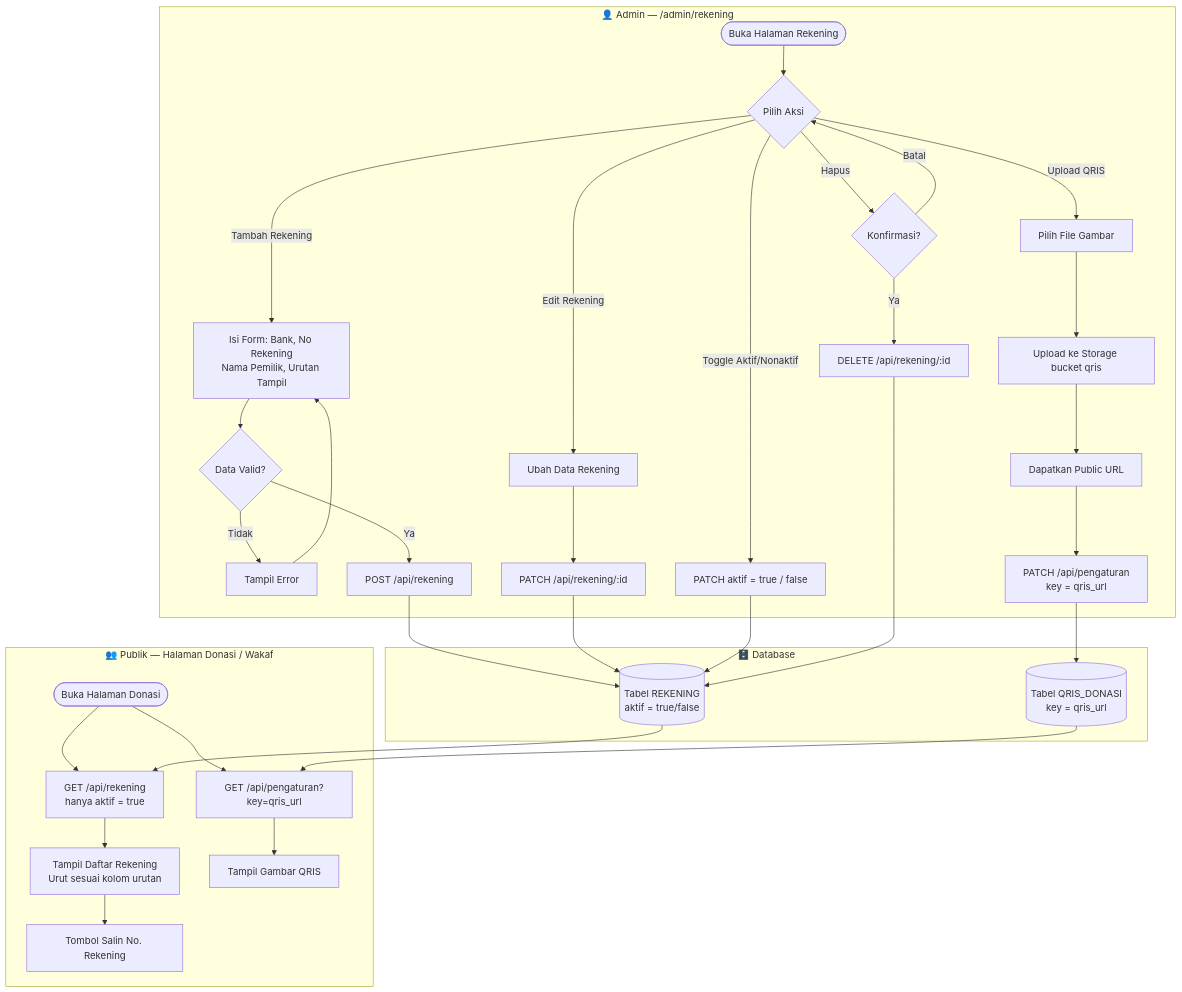
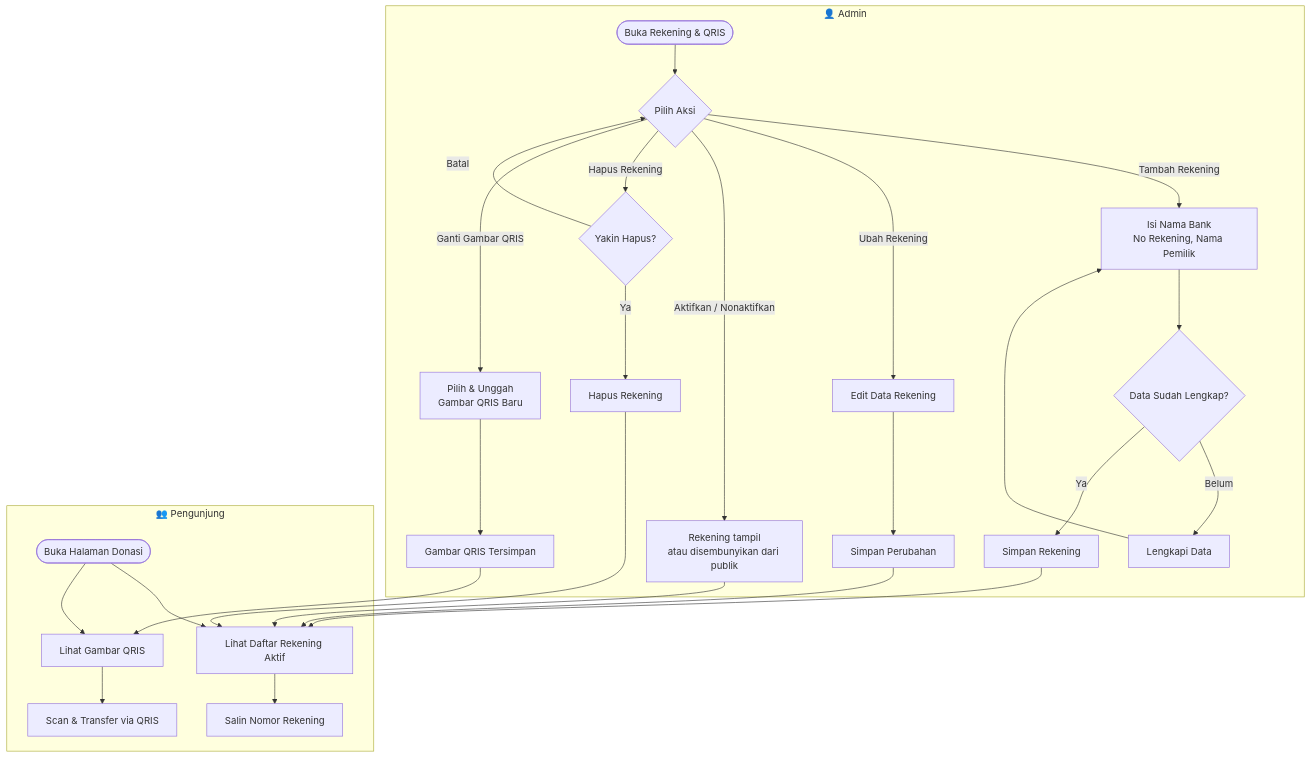
Before and after one commit to nabilhatami86/masjid-al-hidayah: the sixth of 6 diagrams in ERD.md, drawn with Mermaid. The commit also changed other lines of this file, not shown here.

Commit message:
feat: add noreq qris

````diff
--- a/ERD.md
+++ b/ERD.md
@@ -368,47 +343,37 @@
 ```mermaid
 flowchart TD
-    subgraph ADMIN["👤 Admin — /admin/rekening"]
-        A1([Buka Halaman Rekening]) --> A2{Pilih Aksi}
+    subgraph ADMIN["👤 Admin"]
+        A1([Buka Rekening & QRIS]) --> A2{Pilih Aksi}
 
-        A2 -- Tambah Rekening --> A3[Isi Form: Bank, No Rekening\nNama Pemilik, Urutan Tampil]
-        A3 --> A4{Data Valid?}
-        A4 -- Tidak --> A5[Tampil Error]
+        A2 -- Tambah Rekening --> A3[Isi Nama Bank\nNo Rekening, Nama Pemilik]
+        A3 --> A4{Data Sudah Lengkap?}
+        A4 -- Belum --> A5[Lengkapi Data]
         A5 --> A3
-        A4 -- Ya --> A6[POST /api/rekening]
+        A4 -- Ya --> A6[Simpan Rekening]
 
-        A2 -- Edit Rekening --> A7[Ubah Data Rekening]
-        A7 --> A8[PATCH /api/rekening/:id]
+        A2 -- Ubah Rekening --> A7[Edit Data Rekening]
+        A7 --> A8[Simpan Perubahan]
 
-        A2 -- Toggle Aktif/Nonaktif --> A9[PATCH aktif = true / false]
+        A2 -- Aktifkan / Nonaktifkan --> A9[Rekening tampil\natau disembunyikan dari publik]
 
-        A2 -- Hapus --> A10{Konfirmasi?}
+        A2 -- Hapus Rekening --> A10{Yakin Hapus?}
         A10 -- Batal --> A2
-        A10 -- Ya --> A11[DELETE /api/rekening/:id]
+        A10 -- Ya --> A11[Hapus Rekening]
 
-        A2 -- Upload QRIS --> A12[Pilih File Gambar]
-        A12 --> A13[Upload ke Storage bucket qris]
-        A13 --> A14[Dapatkan Public URL]
-        A14 --> A15[PATCH /api/pengaturan\nkey = qris_url]
+        A2 -- Ganti Gambar QRIS --> A12[Pilih & Unggah\nGambar QRIS Baru]
+        A12 --> A13[Gambar QRIS Tersimpan]
     end
 
-    subgraph DB["🗄️ Database"]
-        D1[(Tabel REKENING\naktif = true/false)]
-        D2[(Tabel QRIS_DONASI\nkey = qris_url)]
+    subgraph PUBLIK["👥 Pengunjung"]
+        P1([Buka Halaman Donasi]) --> P2[Lihat Daftar Rekening Aktif]
+        P1 --> P3[Lihat Gambar QRIS]
+        P2 --> P4[Salin Nomor Rekening]
+        P3 --> P5[Scan & Transfer via QRIS]
     end
 
-    subgraph PUBLIK["👥 Publik — Halaman Donasi / Wakaf"]
-        P1([Buka Halaman Donasi]) --> P2[GET /api/rekening\nhanya aktif = true]
-        P1 --> P3[GET /api/pengaturan?key=qris_url]
-        P2 --> P4[Tampil Daftar Rekening\nUrut sesuai kolom urutan]
-        P3 --> P5[Tampil Gambar QRIS]
-        P4 --> P6[Tombol Salin No. Rekening]
-    end
-
-    A6 --> D1
-    A8 --> D1
-    A9 --> D1
-    A11 --> D1
-    A15 --> D2
-    D1 --> P2
-    D2 --> P3
+    A6 --> P2
+    A8 --> P2
+    A9 --> P2
+    A11 --> P2
+    A13 --> P3
 ```
````
